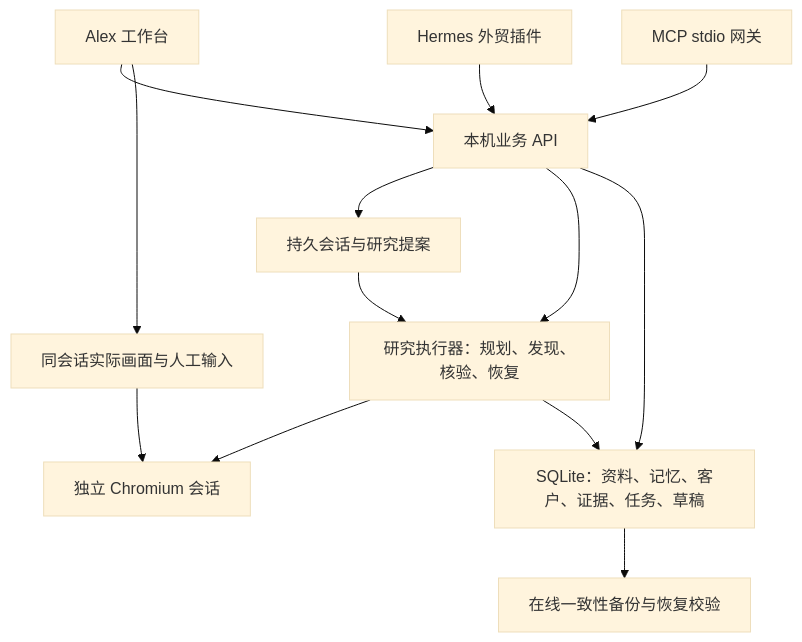
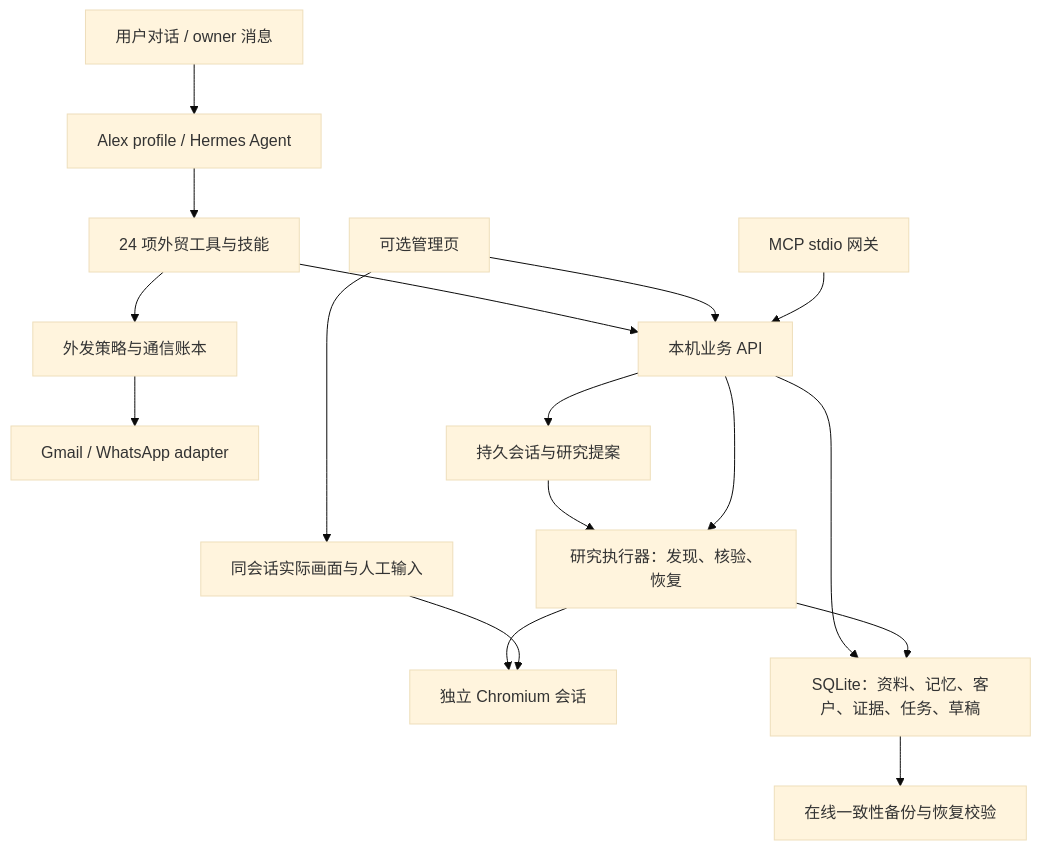
Before and after one commit to Xuxchloris/Alex: the diagram in docs/alex-architecture.md, drawn with Mermaid (base theme). The commit also changed other lines of this file and 35 other files, not shown here.

Commit message:
feat: deliver Alex as a Hermes-powered foreign trade agent

````diff
--- a/docs/alex-architecture.md
+++ b/docs/alex-architecture.md
@@ -7,15 +7,19 @@
 ```mermaid
 flowchart TD
-  UI[Alex 工作台] --> API[本机业务 API]
-  H[Hermes 外贸插件] --> API
+  U[用户对话 / owner 消息] --> H[Alex profile / Hermes Agent]
+  H --> P[24 项外贸工具与技能]
+  P --> API[本机业务 API]
+  P --> O[外发策略与通信账本]
+  O --> CH[Gmail / WhatsApp adapter]
+  UI[可选管理页] --> API
   MCP[MCP stdio 网关] --> API
   API --> C[持久会话与研究提案]
   C --> R
-  API --> R[研究执行器：规划、发现、核验、恢复]
+  API --> R[研究执行器：发现、核验、恢复]
   R --> B[独立 Chromium 会话]
   UI --> V[同会话实际画面与人工输入]
   V --> B
   API --> DB[SQLite：资料、记忆、客户、证据、任务、草稿]
   R --> DB
   DB --> BK[在线一致性备份与恢复校验]
 ```
````
